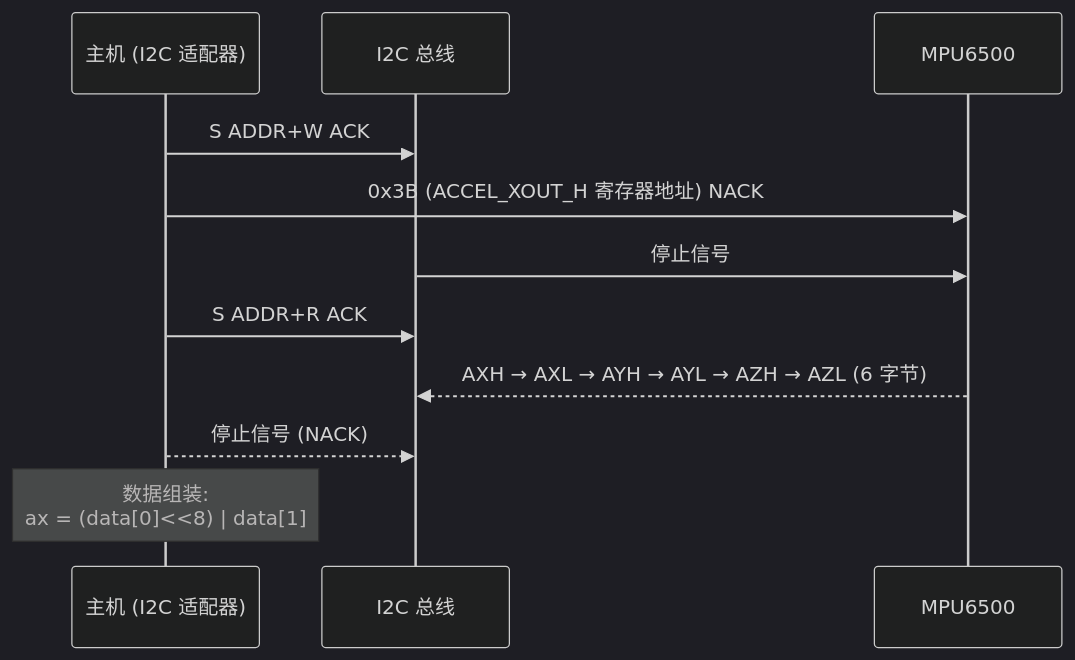
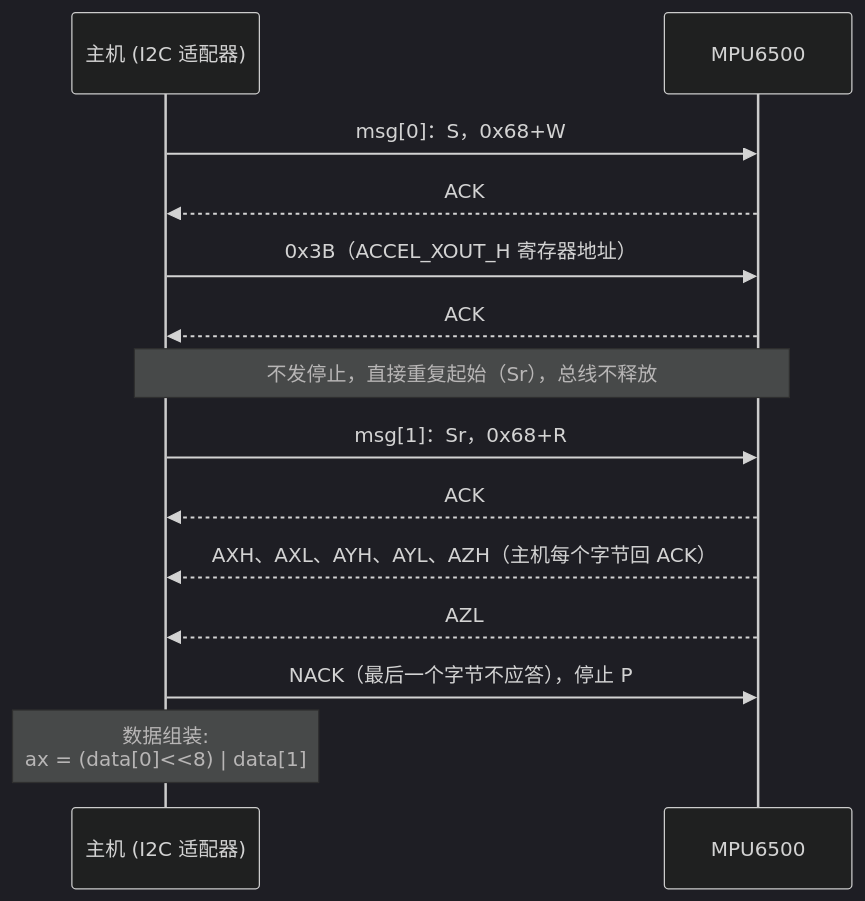
Before and after one commit to 2549227674/linux-kernel-driver-labs: the second of 4 diagrams in 04-Using-the-I2C-Bus/docs/README.md, drawn with Mermaid (dark theme). The commit also changed 16 other files, not shown here.

````diff
--- a/04-Using-the-I2C-Bus/docs/README.md
+++ b/04-Using-the-I2C-Bus/docs/README.md
@@ -32,14 +32,17 @@
 ```mermaid
 sequenceDiagram
     participant Host as 主机 (I2C 适配器)
-    participant Bus as I2C 总线
     participant MPU as MPU6500
 
-    Host->>Bus: S ADDR+W ACK
-    Host->>MPU: 0x3B (ACCEL_XOUT_H 寄存器地址) NACK
-    Bus->>MPU: 停止信号
-    Host->>Bus: S ADDR+R ACK
-    MPU-->>Bus: AXH → AXL → AYH → AYL → AZH → AZL (6 字节)
-    Host-->>Bus: 停止信号 (NACK)
+    Host->>MPU: msg[0]：S，0x68+W
+    MPU-->>Host: ACK
+    Host->>MPU: 0x3B（ACCEL_XOUT_H 寄存器地址）
+    MPU-->>Host: ACK
+    Note over Host,MPU: 不发停止，直接重复起始（Sr），总线不释放
+    Host->>MPU: msg[1]：Sr，0x68+R
+    MPU-->>Host: ACK
+    MPU-->>Host: AXH、AXL、AYH、AYL、AZH（主机每个字节回 ACK）
+    MPU-->>Host: AZL
+    Host->>MPU: NACK（最后一个字节不应答），停止 P
     Note over Host: 数据组装:<br>ax = (data[0]<<8) | data[1]
 ```
````
